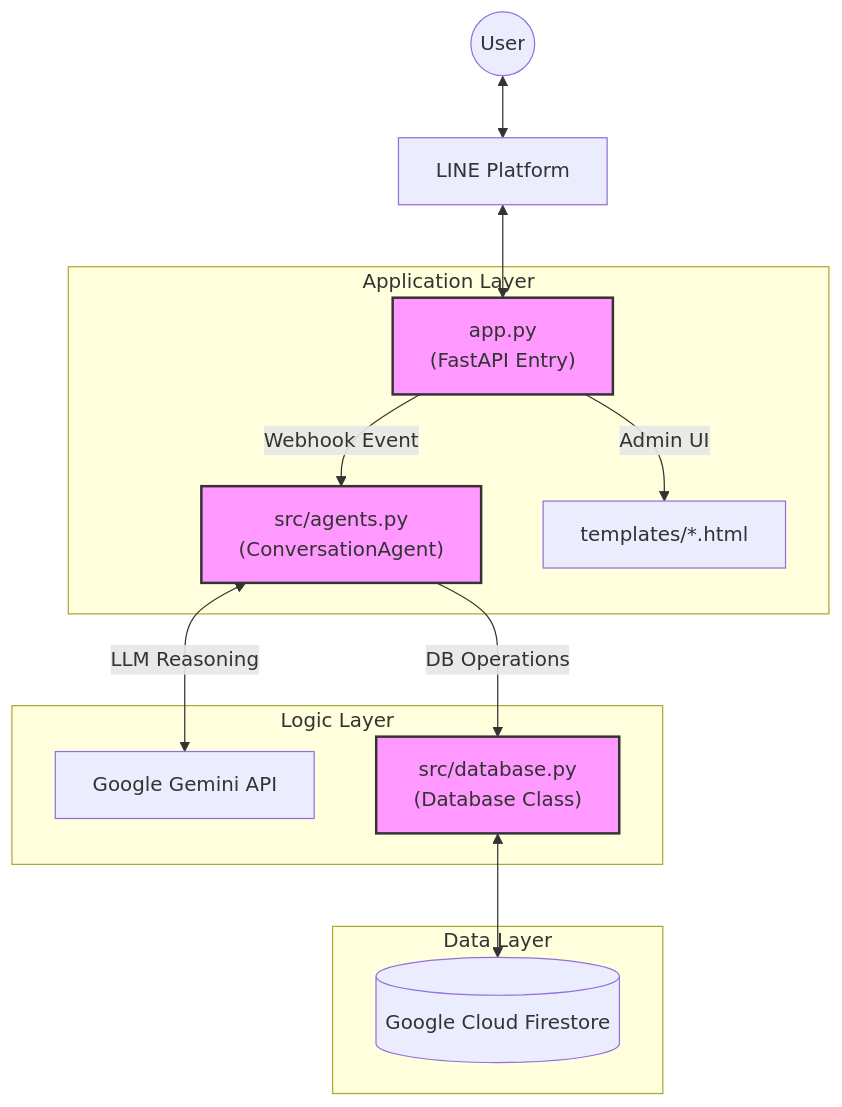
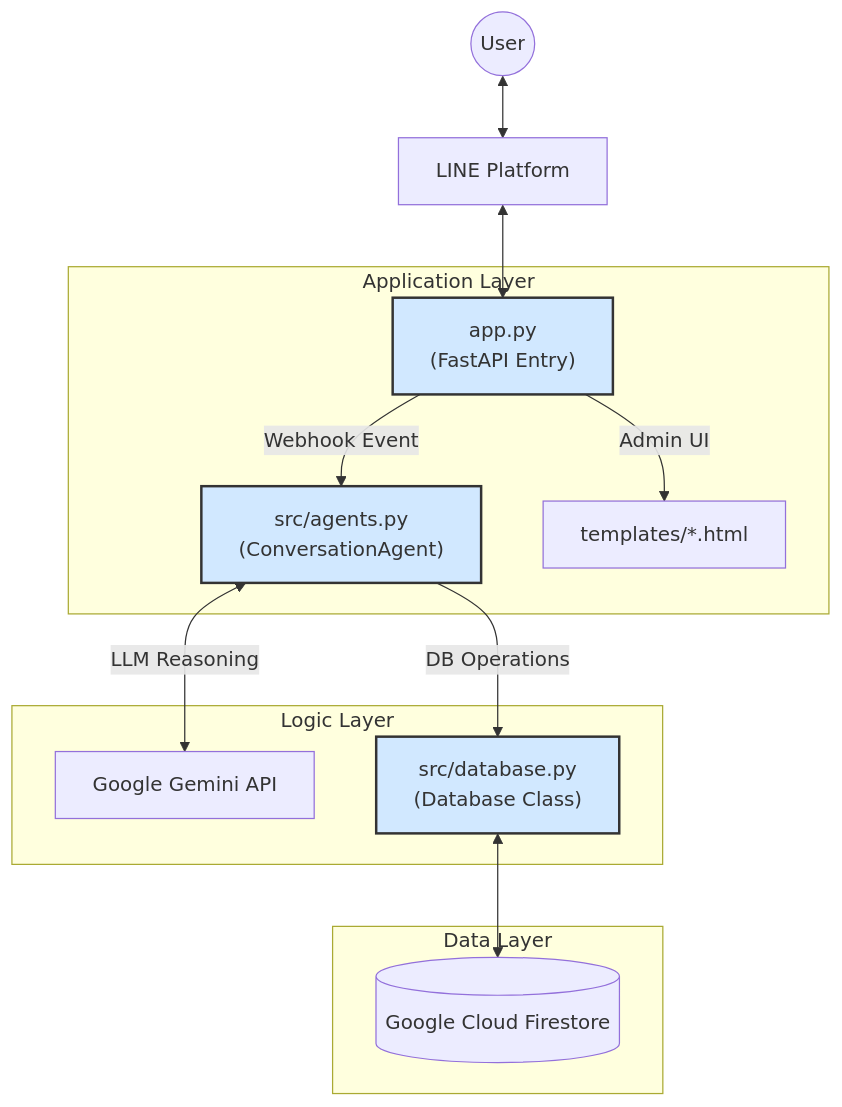
The diagram in ARCHITECTURE.md (spike688023/line_AI_booking), drawn with Mermaid before and after one commit.

Commit message:
docs: improve diagram colors for readability

````diff
--- a/ARCHITECTURE.md
+++ b/ARCHITECTURE.md
@@ -20,22 +20,22 @@
 ```mermaid
 graph TD
     User((User)) <--> LINE[LINE Platform]
     LINE <--> App["app.py\n(FastAPI Entry)"]
     
     subgraph "Application Layer"
         App -->|Webhook Event| AgentMgr["src/agents.py\n(ConversationAgent)"]
         App -->|Admin UI| Templates[templates/*.html]
     end
     
     subgraph "Logic Layer"
         AgentMgr <-->|LLM Reasoning| Gemini[Google Gemini API]
         AgentMgr -->|DB Operations| DB["src/database.py\n(Database Class)"]
     end
     
     subgraph "Data Layer"
         DB <--> Firestore[(Google Cloud Firestore)]
     end
     
-    classDef file fill:#f9f,stroke:#333,stroke-width:2px;
+    classDef file fill:#d1e8ff,stroke:#333,stroke-width:2px;
     class App,AgentMgr,DB file;
 ```
````
